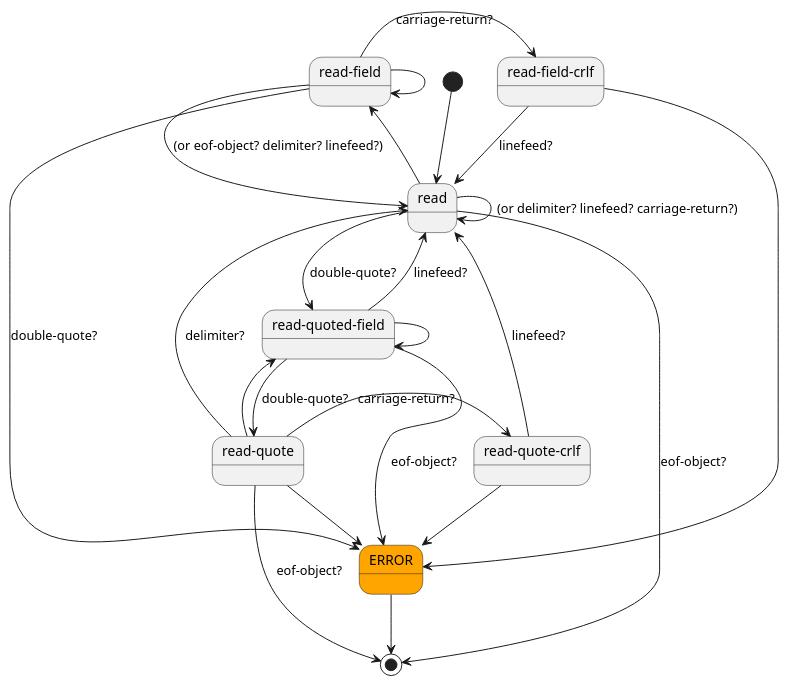
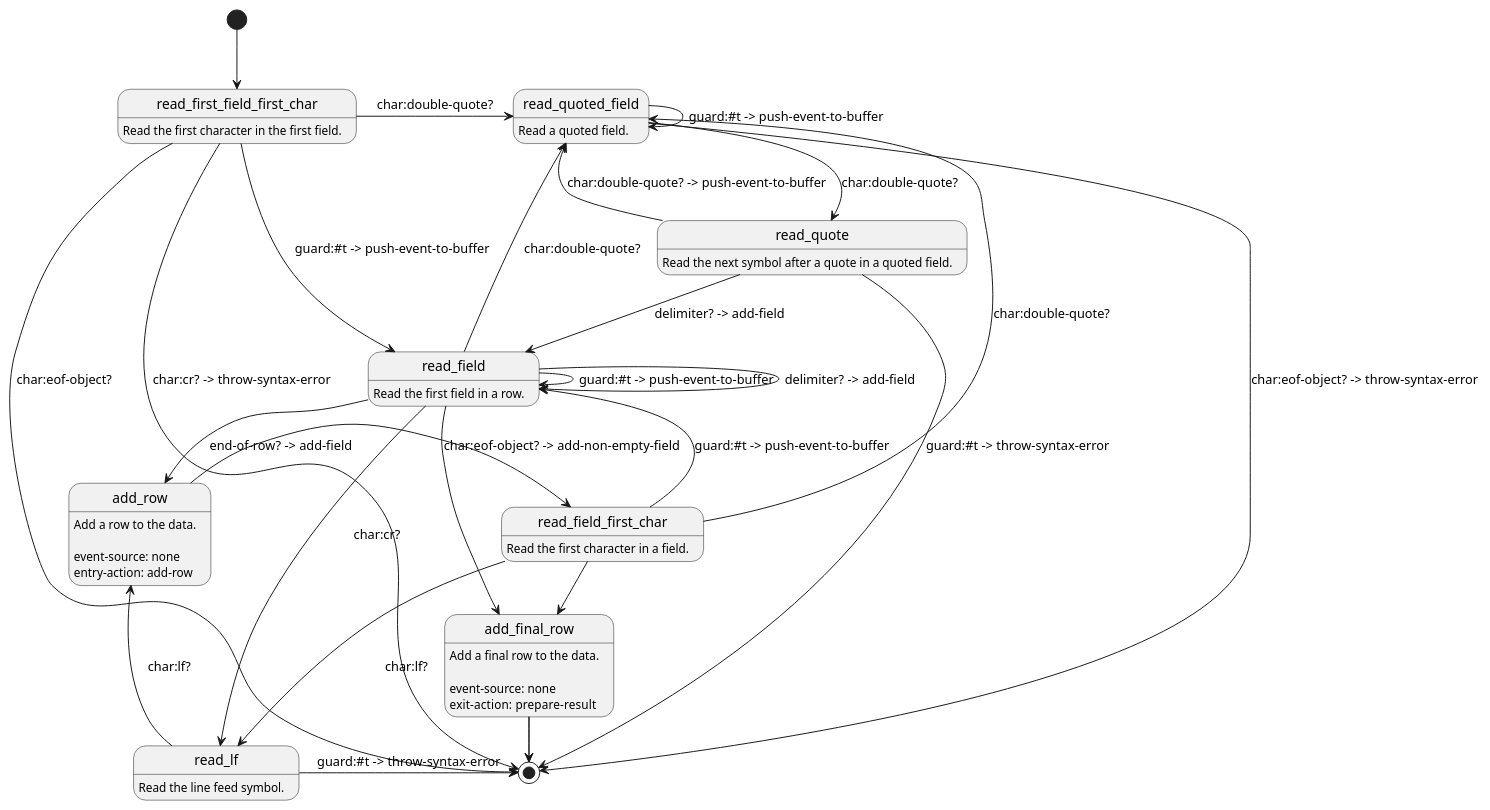
Before and after one commit to artyom-poptsov/guile-dsv: the diagram in modules/dsv/fsm/rfc4180.puml, drawn with PlantUML.

Commit message:
modules/dsv/fsm/rfc4180.puml: Update
* modules/dsv/fsm/rfc4180.puml: Update to use Guile-SMC.

```diff
--- a/modules/dsv/fsm/rfc4180.puml
+++ b/modules/dsv/fsm/rfc4180.puml
@@ -1,61 +1,52 @@
 @startuml
-/'
-rfc4180.puml -- Finite state machine diagram for the RFC4180 parser.
 
-Copyright (C) 2020 Artyom V. Poptsov <poptsov.artyom@gmail.com>
+[*] --> read_first_field_first_char
 
-This program is free software: you can redistribute it and/or modify
-it under the terms of the GNU General Public License as published by
-the Free Software Foundation, either version 3 of the License, or
-(at your option) any later version.
+read_first_field_first_char: Read the first character in the first field.
+read_first_field_first_char -> [*]:               char:eof-object?
+read_first_field_first_char -> read_quoted_field: char:double-quote?
+read_first_field_first_char -> [*]:               char:cr? -> throw-syntax-error
+read_first_field_first_char -> read_field:        guard:#t -> push-event-to-buffer
 
-The program is distributed in the hope that it will be useful,
-but WITHOUT ANY WARRANTY; without even the implied warranty of
-MERCHANTABILITY or FITNESS FOR A PARTICULAR PURPOSE.  See the
-GNU General Public License for more details.
+read_field_first_char: Read the first character in a field.
+read_field_first_char -> add_final_row:     char:eof-object?
+read_field_first_char -> read_lf:           char:lf?
+read_field_first_char -> read_quoted_field: char:double-quote?
+read_field_first_char -> read_field:        guard:#t -> push-event-to-buffer
 
-You should have received a copy of the GNU General Public License
-along with the program.  If not, see <http://www.gnu.org/licenses/>.
-'/
+read_field: Read the first field in a row.
+read_field ->  add_final_row:     char:eof-object? -> add-non-empty-field
+read_field --> add_row:           end-of-row? -> add-field
+read_field --> read_quoted_field: char:double-quote?
+read_field --> read_field:        delimiter? -> add-field
+read_field --> read_lf:           char:cr?
+read_field ->  read_field:        guard:#t -> push-event-to-buffer
 
-skinparam state {
-  BackgroundColor<<Error>> Orange
-}
+read_quoted_field: Read a quoted field.
+read_quoted_field -> read_quote:         char:double-quote?
+read_quoted_field --> [*]:               char:eof-object? -> throw-syntax-error
+read_quoted_field -> read_quoted_field:  guard:#t -> push-event-to-buffer
 
-state "read-quoted-field" as read_quoted_field
-state "read-quote" as read_quote
-state "read-quote-crlf" as read_quote_crlf
-state "read-field" as read_field
-state "read-field-crlf" as read_field_crlf
-state "ERROR" as ERROR <<Error>>
+read_quote: Read the next symbol after a quote in a quoted field.
+read_quote --> read_quoted_field: char:double-quote? -> push-event-to-buffer
+read_quote --> read_field:        delimiter? -> add-field
+read_quote --> [*]:               guard:#t -> throw-syntax-error
 
-[*] --> read
-read --> [*]: eof-object?
-read --> read: (or delimiter? linefeed? carriage-return?)
-read --> read_quoted_field: double-quote?
-read --> read_field
+read_lf: Read the line feed symbol.
+read_lf --> add_row: char:lf?
+read_lf -> [*]:      guard:#t -> throw-syntax-error
 
-read_field -> read_field
-read_field --> read: (or eof-object? delimiter? linefeed?)
-read_field -> read_field_crlf: carriage-return?
-read_field --> ERROR: double-quote?
+add_row: Add a row to the data.
+add_row:
+add_row: event-source: none
+add_row: entry-action: add-row
+add_row -> read_field_first_char
 
-read_field_crlf --> read: linefeed?
-read_field_crlf --> ERROR
+add_final_row: Add a final row to the data.
+add_final_row:
+add_final_row: event-source: none
+add_final_row: exit-action:  prepare-result
+add_final_row -> [*]: stanza-empty?
+add_final_row -> [*]: guard:#t -> add-row
 
-read_quoted_field -> read_quoted_field
-read_quoted_field --> read: linefeed?
-read_quoted_field --> read_quote: double-quote?
-read_quoted_field --> ERROR: eof-object?
-
-read_quote --> read_quoted_field
-read_quote --> read: delimiter?
-read_quote -> read_quote_crlf: carriage-return?
-read_quote --> ERROR
-read_quote ---> [*]: eof-object?
-
-read_quote_crlf --> read: linefeed?
-read_quote_crlf --> ERROR
-
-ERROR --> [*]
 @enduml
```
